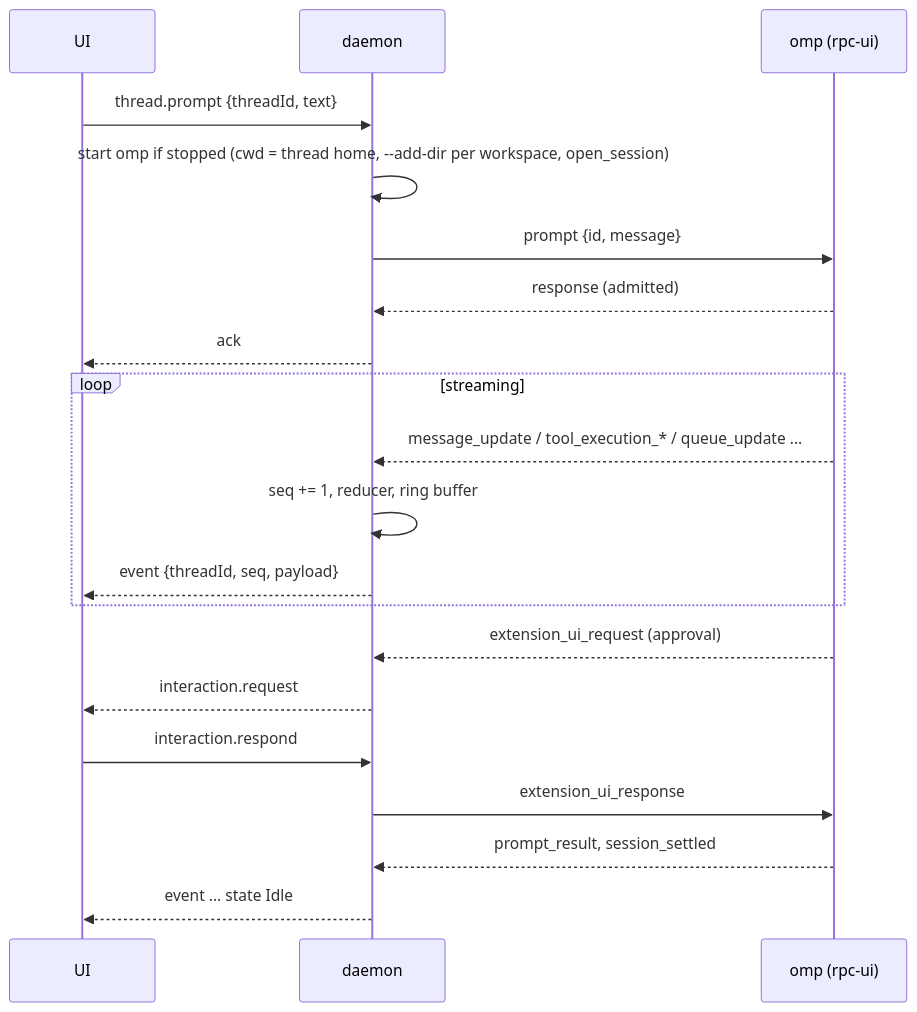
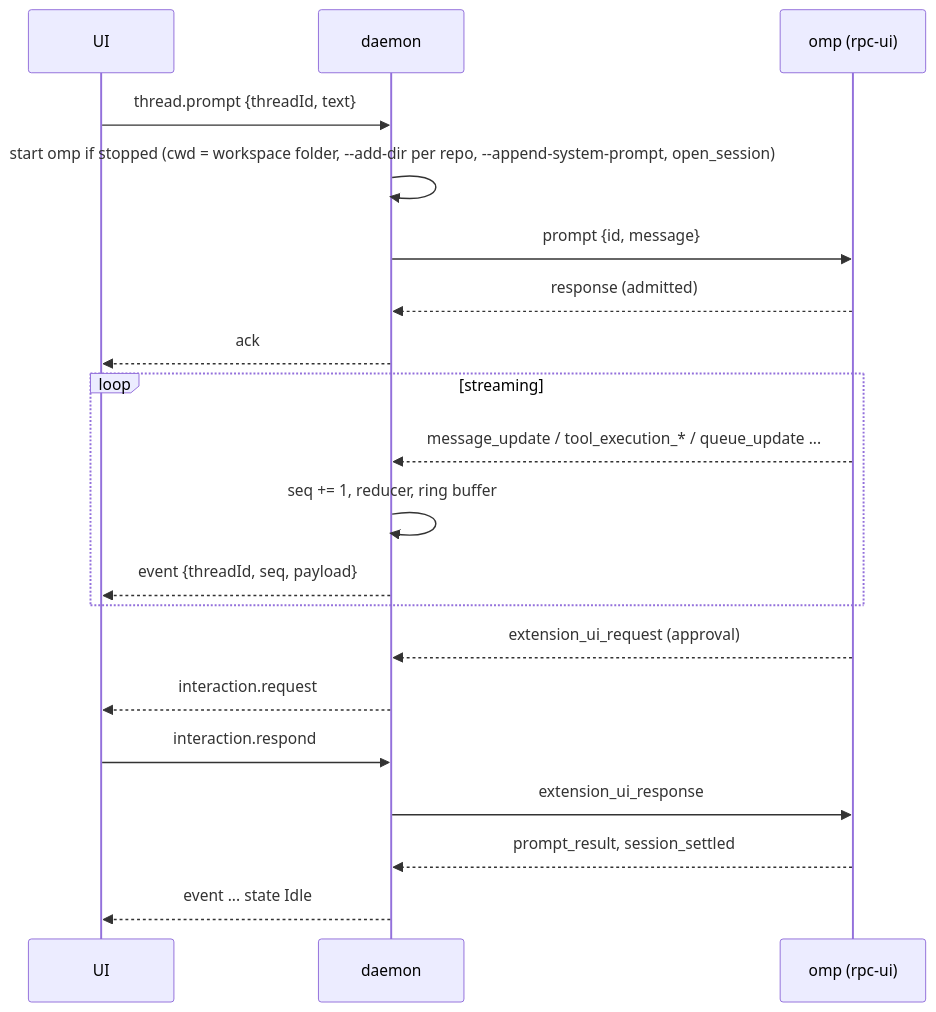
The third of 3 diagrams in docs/specs/00-overview.md (TonioGela/omfp), drawn with Mermaid before and after one commit. The commit also changed other lines of this file and 10 other files, not shown here.

````diff
--- a/docs/specs/00-overview.md
+++ b/docs/specs/00-overview.md
@@ -104,22 +107,22 @@
 ```mermaid
 sequenceDiagram
   participant UI
   participant D as daemon
   participant O as omp (rpc-ui)
   UI->>D: thread.prompt {threadId, text}
-  D->>D: start omp if stopped (cwd = thread home, --add-dir per workspace, open_session)
+  D->>D: start omp if stopped (cwd = workspace folder, --add-dir per repo, --append-system-prompt, open_session)
   D->>O: prompt {id, message}
   O-->>D: response (admitted)
   D-->>UI: ack
   loop streaming
     O-->>D: message_update / tool_execution_* / queue_update ...
     D->>D: seq += 1, reducer, ring buffer
     D-->>UI: event {threadId, seq, payload}
   end
   O-->>D: extension_ui_request (approval)
   D-->>UI: interaction.request
   UI->>D: interaction.respond
   D->>O: extension_ui_response
   O-->>D: prompt_result, session_settled
   D-->>UI: event ... state Idle
 ```
````
